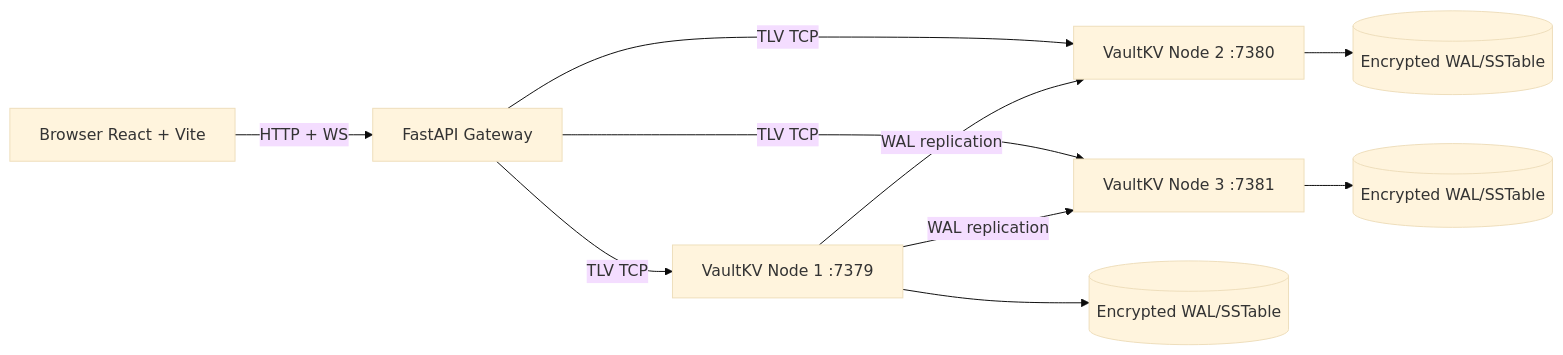
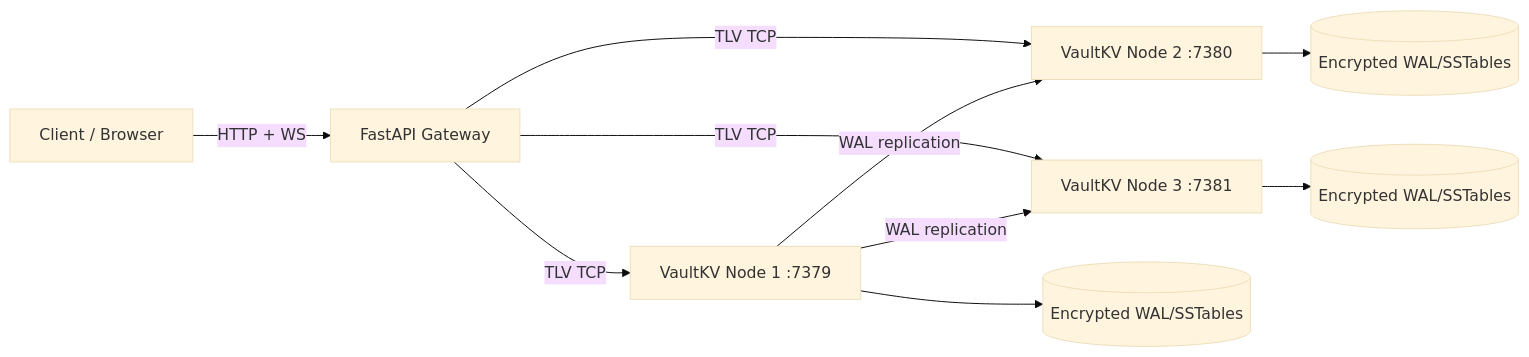
Before and after one commit to Flamki/vaultVK: the diagram in README.md, drawn with Mermaid (base theme). The commit also changed other lines of this file and 1 other file, not shown here.

Commit message:
frontend: improve explorer onboarding and architecture visual explanations

````diff
--- a/README.md
+++ b/README.md
@@ -40,12 +36,12 @@
 ```mermaid
 flowchart LR
-    B[Browser React + Vite] -->|HTTP + WS| G[FastAPI Gateway]
+    U[Client / Browser] -->|HTTP + WS| G[FastAPI Gateway]
     G -->|TLV TCP| N1[VaultKV Node 1 :7379]
     G -->|TLV TCP| N2[VaultKV Node 2 :7380]
     G -->|TLV TCP| N3[VaultKV Node 3 :7381]
     N1 -->|WAL replication| N2
     N1 -->|WAL replication| N3
-    N1 --> D1[(Encrypted WAL/SSTable)]
-    N2 --> D2[(Encrypted WAL/SSTable)]
-    N3 --> D3[(Encrypted WAL/SSTable)]
+    N1 --> D1[(Encrypted WAL/SSTables)]
+    N2 --> D2[(Encrypted WAL/SSTables)]
+    N3 --> D3[(Encrypted WAL/SSTables)]
 ```
````
